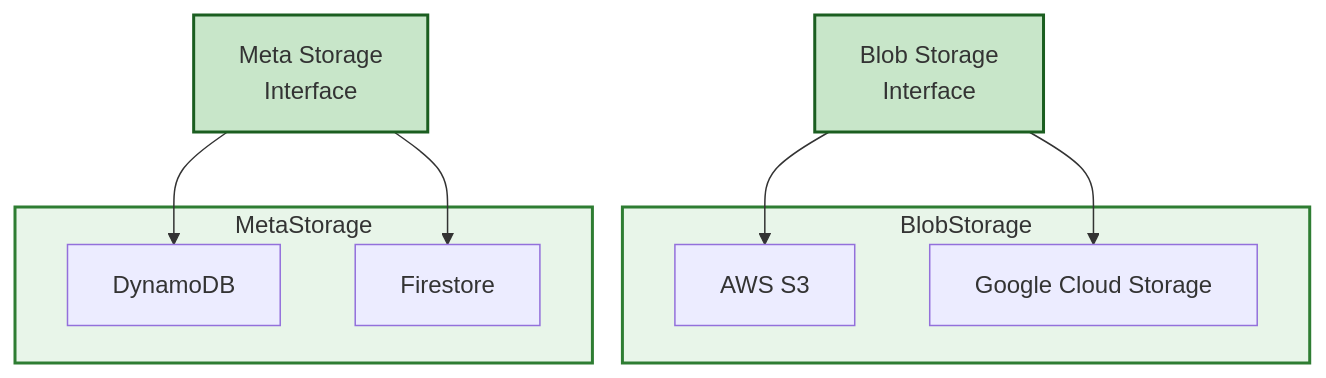
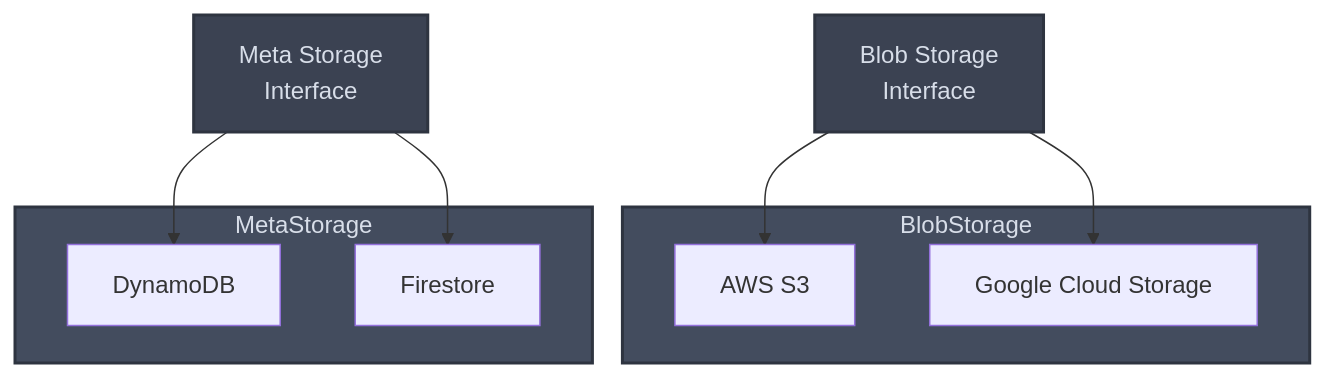
The fifth of 5 diagrams in COMPONENT_DIAGRAM.md (cipherowl-ai/chainstorage), drawn with Mermaid before and after one commit. The commit also changed other lines of this file, not shown here.

First line of the commit message:
docs: apply Nord color palette to component diagrams

````diff
--- a/COMPONENT_DIAGRAM.md
+++ b/COMPONENT_DIAGRAM.md
@@ -228,23 +228,23 @@
 ```mermaid
 graph TB
     subgraph BlobStorage
         S3[AWS S3]
         GCS[Google Cloud Storage]
     end
     
     subgraph MetaStorage
         DDB[DynamoDB]
         FS[Firestore]
     end
     
     BS[Blob Storage<br/>Interface] --> S3
     BS --> GCS
     
     MS[Meta Storage<br/>Interface] --> DDB
     MS --> FS
     
-    style BlobStorage fill:#e8f5e9,stroke:#2e7d32,stroke-width:2px
-    style MetaStorage fill:#e8f5e9,stroke:#2e7d32,stroke-width:2px
-    style BS fill:#c8e6c9,stroke:#1b5e20,stroke-width:2px
-    style MS fill:#c8e6c9,stroke:#1b5e20,stroke-width:2px
+    style BlobStorage fill:#434c5e,stroke:#2e3440,stroke-width:2px,color:#d8dee9
+    style MetaStorage fill:#434c5e,stroke:#2e3440,stroke-width:2px,color:#d8dee9
+    style BS fill:#3b4252,stroke:#2e3440,stroke-width:2px,color:#d8dee9
+    style MS fill:#3b4252,stroke:#2e3440,stroke-width:2px,color:#d8dee9
 ```
````
